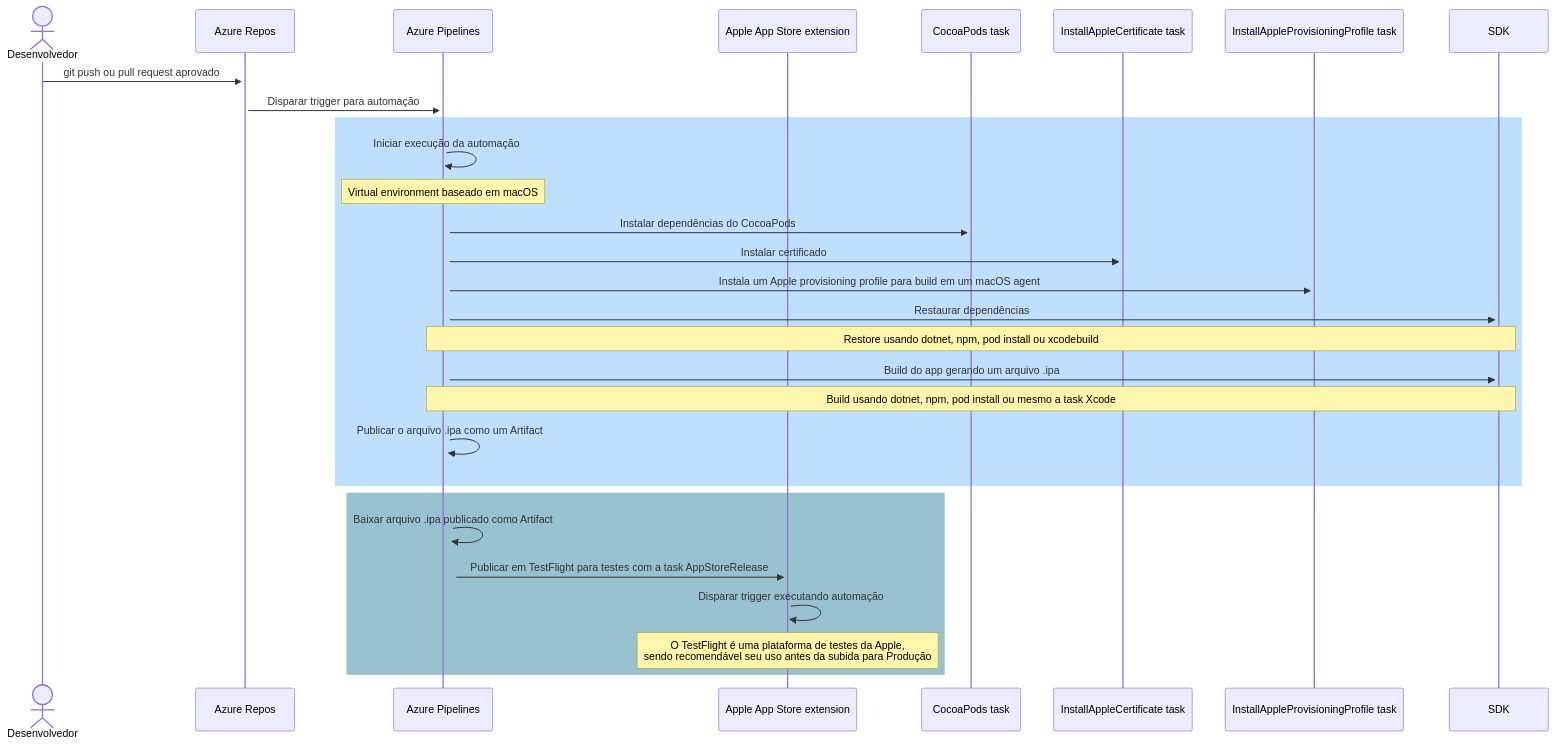
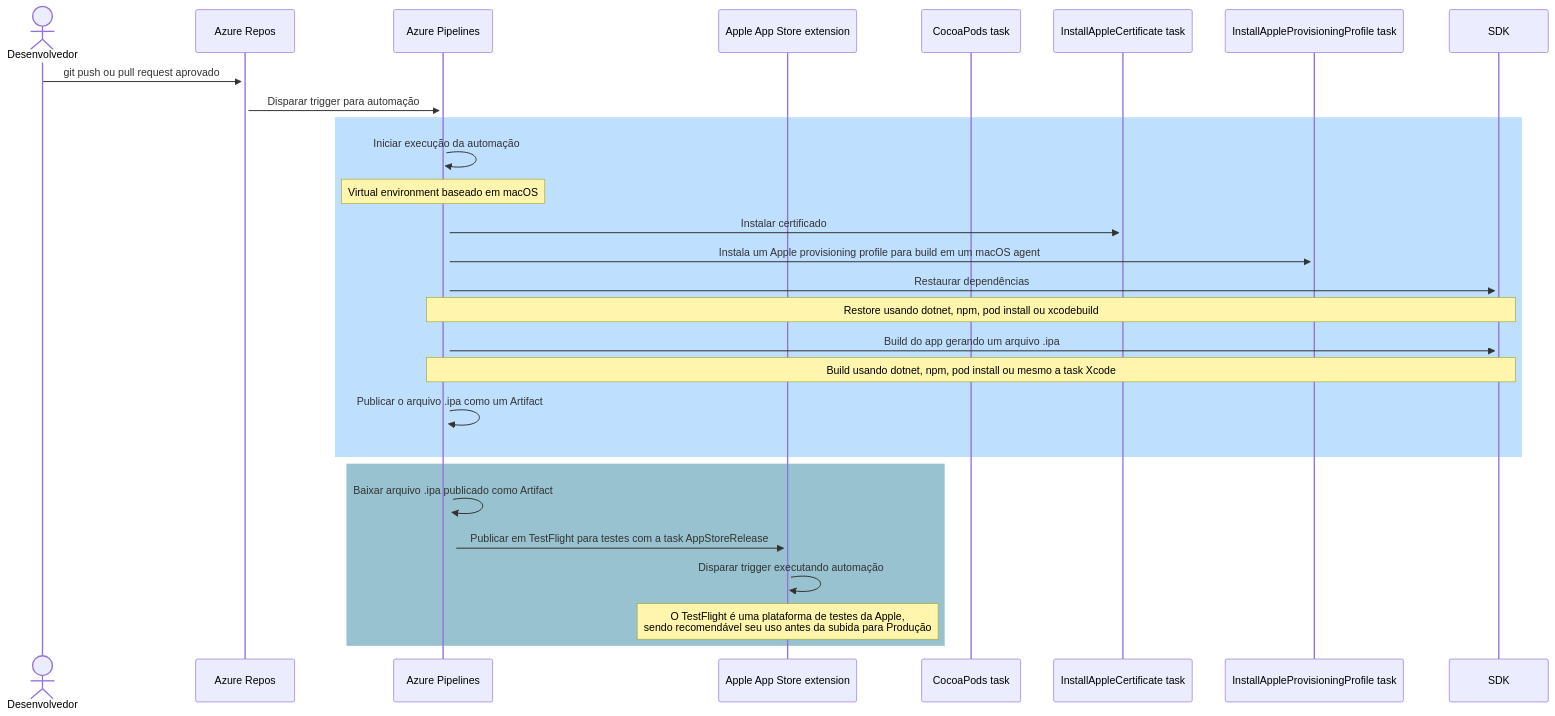
One commit to renatogroffe/AzureDevOps-Build-iOS changed the diagram in README.md. Above: the diagram before and after it, drawn with Mermaid.

````diff
--- a/README.md
+++ b/README.md
@@ -8,31 +8,30 @@
 ```mermaid
 sequenceDiagram
     actor Desenvolvedor
     participant Azure Repos
     participant Azure Pipelines
     participant Apple App Store extension
     participant CocoaPods task
     participant InstallAppleCertificate task
     participant InstallAppleProvisioningProfile task
     participant SDK
     Desenvolvedor->>+Azure Repos: git push ou pull request aprovado
     Azure Repos->>+Azure Pipelines: Disparar trigger para automação
     rect rgb(191, 223, 255)
     Azure Pipelines->>+Azure Pipelines: Iniciar execução da automação
     Note over Azure Pipelines,Azure Pipelines: Virtual environment baseado em macOS
-    Azure Pipelines->>+CocoaPods task: Instalar dependências do CocoaPods
     Azure Pipelines->>+InstallAppleCertificate task: Instalar certificado
     Azure Pipelines->>+InstallAppleProvisioningProfile task: Instala um Apple provisioning profile para build em um macOS agent
     Azure Pipelines->>+SDK: Restaurar dependências
     Note over Azure Pipelines,SDK: Restore usando dotnet, npm, pod install ou xcodebuild
     Azure Pipelines->>+SDK: Build do app gerando um arquivo .ipa
     Note over Azure Pipelines,SDK: Build usando dotnet, npm, pod install ou mesmo a task Xcode
     Azure Pipelines->>+Azure Pipelines: Publicar o arquivo .ipa como um Artifact
     end
     rect rgb(152, 194, 207)
     Azure Pipelines->>+Azure Pipelines: Baixar arquivo .ipa publicado como Artifact
     Azure Pipelines->>+Apple App Store extension: Publicar em TestFlight para testes com a task AppStoreRelease
     Apple App Store extension->>+Apple App Store extension: Disparar trigger executando automação
     Note over Apple App Store extension,Apple App Store extension: O TestFlight é uma plataforma de testes da Apple,<br/>sendo recomendável seu uso antes da subida para Produção
     end
 ```
````
